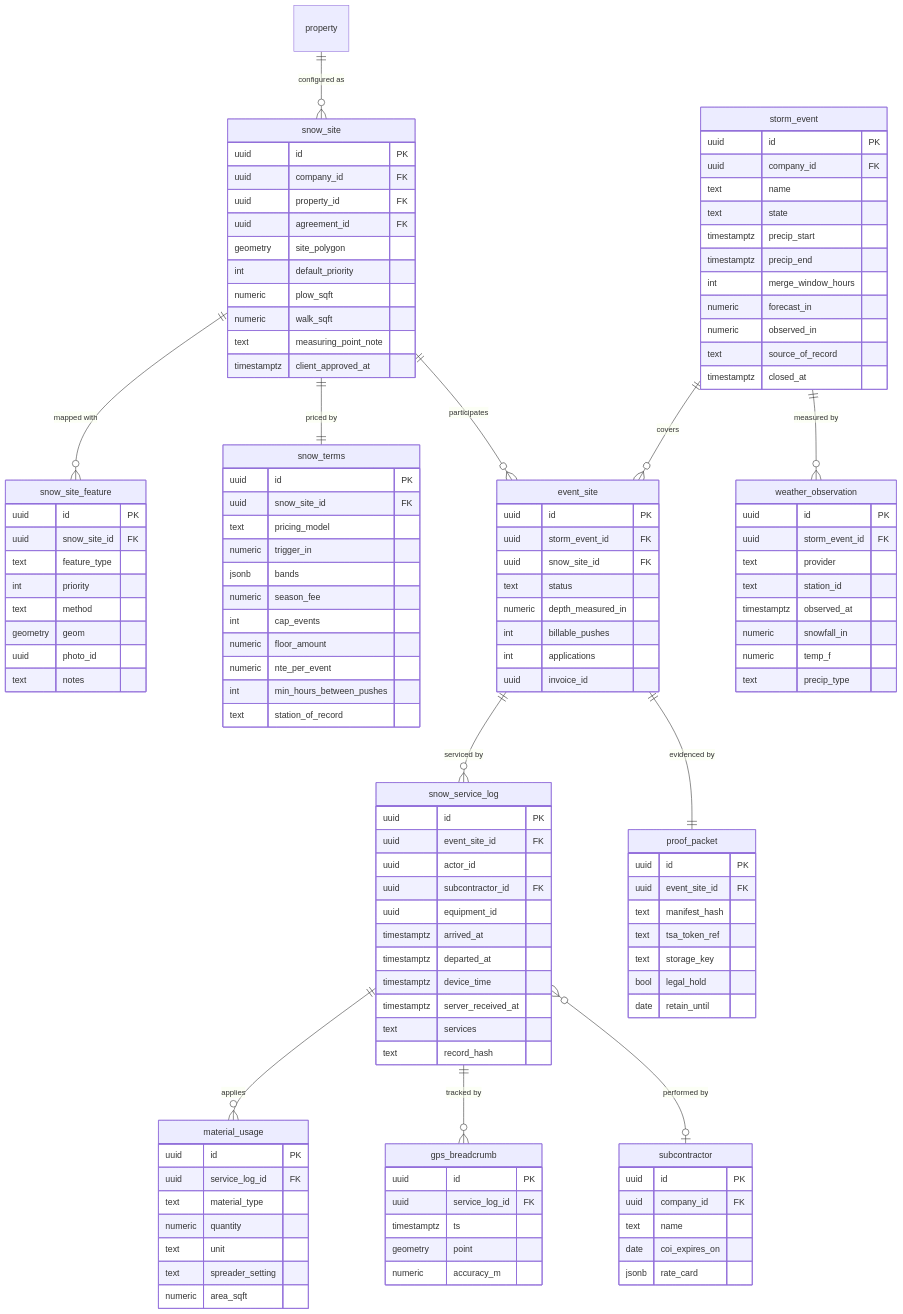
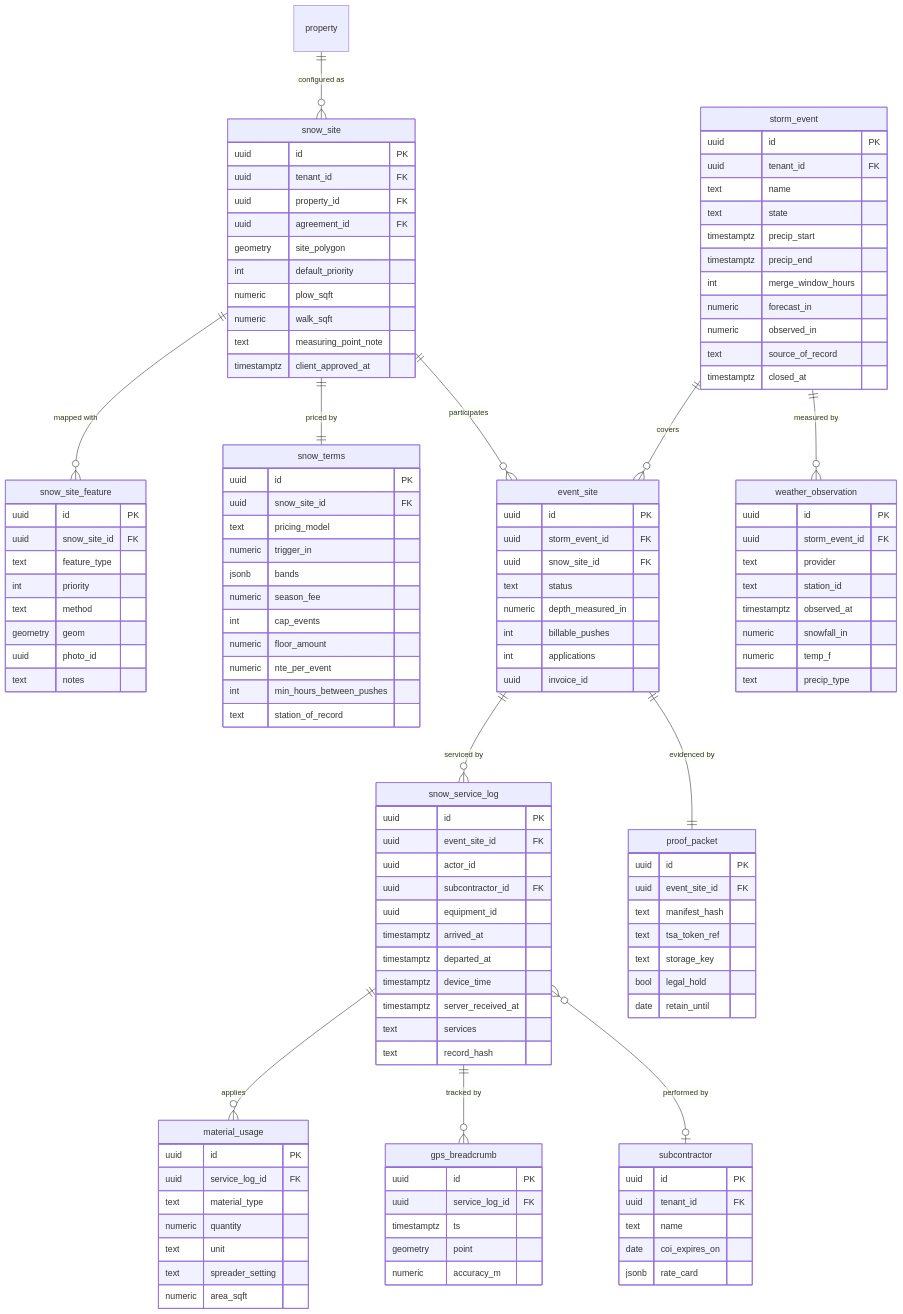
One commit to jdinard/landscape changed diagram 20 of 23 in docs/14-service-line-modules.md. Above: the diagram before and after it, drawn with Mermaid. The commit also changed other lines of this file and 13 other files, not shown here.

```diff
--- a/docs/14-service-line-modules.md
+++ b/docs/14-service-line-modules.md
@@ -1884,7 +2179,7 @@
     snow_service_log }o--o| subcontractor : "performed by"
     storm_event {
         uuid id PK
-        uuid company_id FK
+        uuid tenant_id FK
         text name
         text state
         timestamptz precip_start
@@ -1897,7 +2192,7 @@
     }
     snow_site {
         uuid id PK
-        uuid company_id FK
+        uuid tenant_id FK
         uuid property_id FK
         uuid agreement_id FK
         geometry site_polygon
@@ -1990,7 +2285,7 @@
     }
     subcontractor {
         uuid id PK
-        uuid company_id FK
+        uuid tenant_id FK
         text name
         date coi_expires_on
         jsonb rate_card
```
